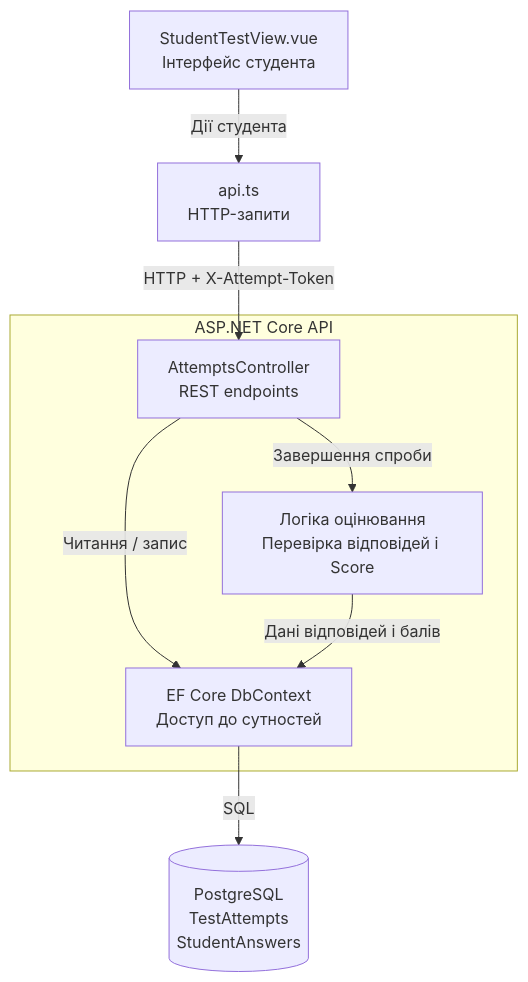
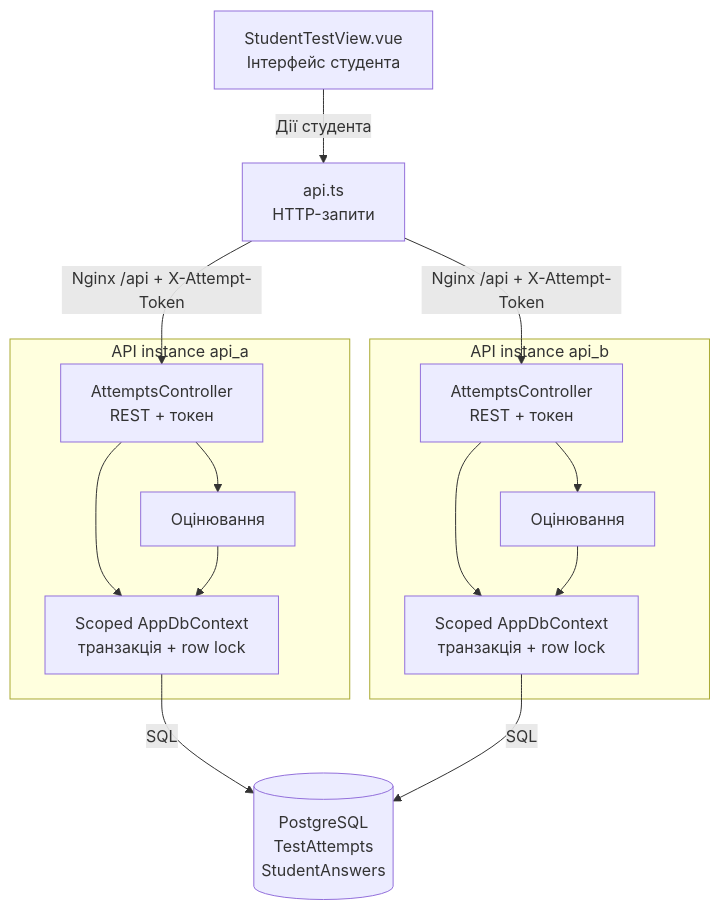
Before and after one commit to LYarmoliuk/OnlineTesting: the second of 3 diagrams in docs/architecture.md, drawn with Mermaid. The commit also changed other lines of this file and 5 other files, not shown here.

Commit message:
feat: add stateless API resilience with shared PostgreSQL

````diff
--- a/docs/architecture.md
+++ b/docs/architecture.md
@@ -45,20 +51,31 @@
 ```mermaid
 flowchart TB
     StudentUI["StudentTestView.vue<br/>Інтерфейс студента"]
     ApiService["api.ts<br/>HTTP-запити"]
 
-    subgraph Backend["ASP.NET Core API"]
-        AttemptsController["AttemptsController<br/>REST endpoints"]
-        Scoring["Логіка оцінювання<br/>Перевірка відповідей і Score"]
-        EF["EF Core DbContext<br/>Доступ до сутностей"]
+    subgraph BackendA["API instance api_a"]
+        ControllerA["AttemptsController<br/>REST + токен"]
+        ScoringA["Оцінювання"]
+        EFA["Scoped AppDbContext<br/>транзакція + row lock"]
+    end
+
+    subgraph BackendB["API instance api_b"]
+        ControllerB["AttemptsController<br/>REST + токен"]
+        ScoringB["Оцінювання"]
+        EFB["Scoped AppDbContext<br/>транзакція + row lock"]
     end
 
     Database[("PostgreSQL<br/>TestAttempts<br/>StudentAnswers")]
 
     StudentUI -->|"Дії студента"| ApiService
-    ApiService -->|"HTTP + X-Attempt-Token"| AttemptsController
-    AttemptsController -->|"Завершення спроби"| Scoring
-    AttemptsController -->|"Читання / запис"| EF
-    Scoring -->|"Дані відповідей і балів"| EF
-    EF -->|"SQL"| Database
+    ApiService -->|"Nginx /api + X-Attempt-Token"| ControllerA
+    ApiService -->|"Nginx /api + X-Attempt-Token"| ControllerB
+    ControllerA --> ScoringA
+    ControllerB --> ScoringB
+    ControllerA --> EFA
+    ControllerB --> EFB
+    ScoringA --> EFA
+    ScoringB --> EFB
+    EFA -->|"SQL"| Database
+    EFB -->|"SQL"| Database
 ```
````
